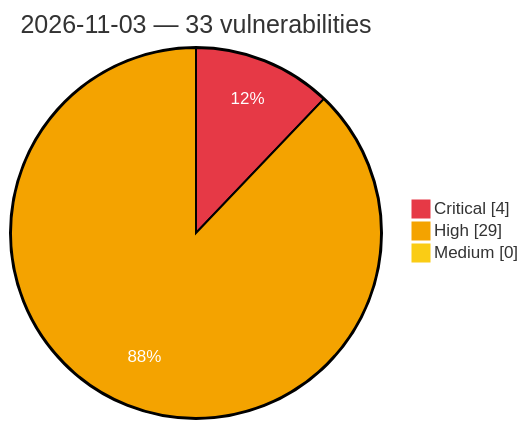
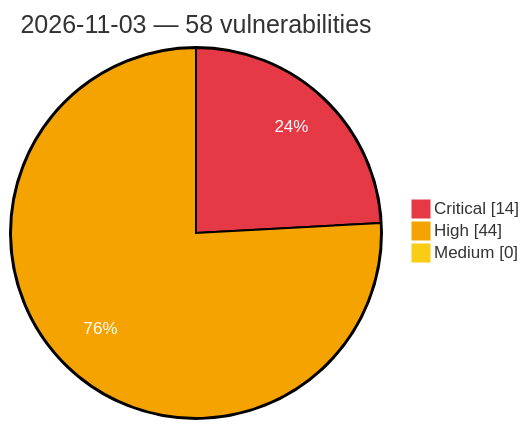
The diagram in vulnerabilities/2026/November/2026-11-03.md (GhostX0X/vuln-tracker), drawn with Mermaid before and after one commit. The commit also changed other lines of this file and 5 other files, not shown here.

Commit message:
Auto update: critical/high vulns (2026-11-03 22:13 UTC)

````diff
--- a/vulnerabilities/2026/November/2026-11-03.md
+++ b/vulnerabilities/2026/November/2026-11-03.md
@@ -3,8 +3,8 @@
 ```mermaid
 %%{init: {'theme':'base', 'themeVariables': {'pie1':'#e63946', 'pie2':'#f4a300', 'pie3':'#facc15', 'pieOpacity':'1', 'pieOuterStrokeWidth':'2px', 'pieSectionTextColor':'#ffffff'}}}%%
 pie showData
-    title 2026-11-03 — 33 vulnerabilities
-    "Critical" : 4
-    "High" : 29
+    title 2026-11-03 — 58 vulnerabilities
+    "Critical" : 14
+    "High" : 44
     "Medium" : 0
 ```
````
